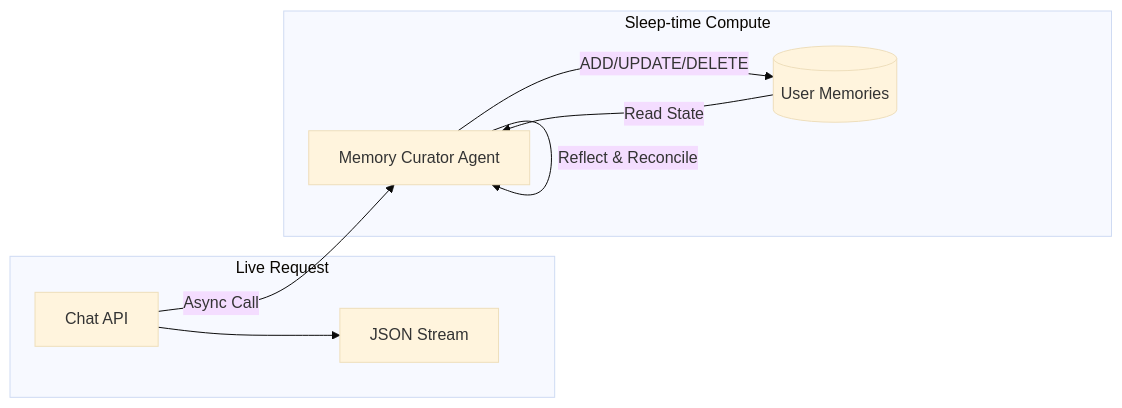
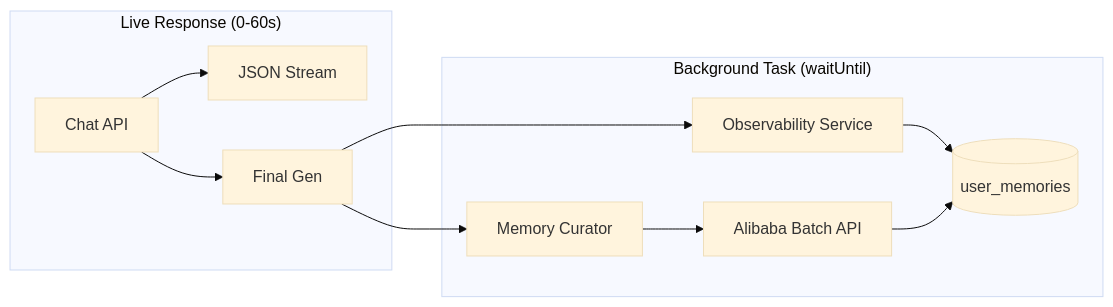
One commit to DragonL57/vmg_chatbot changed the third of 3 diagrams in docs/ARCHITECTURE.md. Above: the diagram before and after it, drawn with Mermaid (base theme). The commit also changed other lines of this file and 4 other files, not shown here.

````diff
--- a/docs/ARCHITECTURE.md
+++ b/docs/ARCHITECTURE.md
@@ -92,13 +74,15 @@
 ```mermaid
 graph LR
-    subgraph "Live Request"
+    subgraph "Live Response (0-60s)"
         API[Chat API] --> Stream[JSON Stream]
+        API --> Gen[Final Gen]
     end
 
-    subgraph "Sleep-time Compute"
-        API -- Async Call --> Curator[Memory Curator Agent]
-        DB[(User Memories)] -- Read State --> Curator
-        Curator -- Reflect & Reconcile --> Curator
-        Curator -- ADD/UPDATE/DELETE --> DB
+    subgraph "Background Task (waitUntil)"
+        Gen --> Obs[Observability Service]
+        Obs --> DB[(agent_traces / agent_spans)]
+        Gen --> Curator[Memory Curator]
+        Curator --> Batch[Alibaba Batch API]
+        Batch --> DB[(user_memories)]
     end
 ```
````
